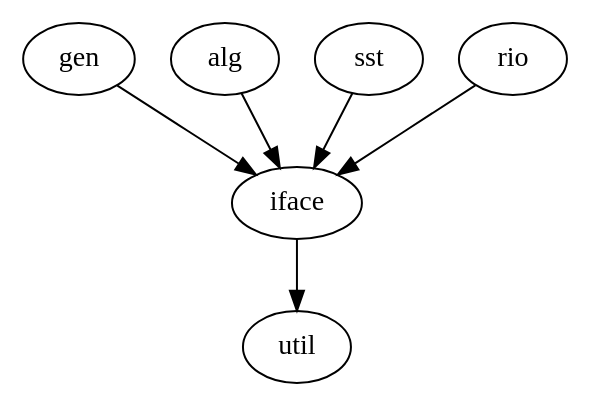
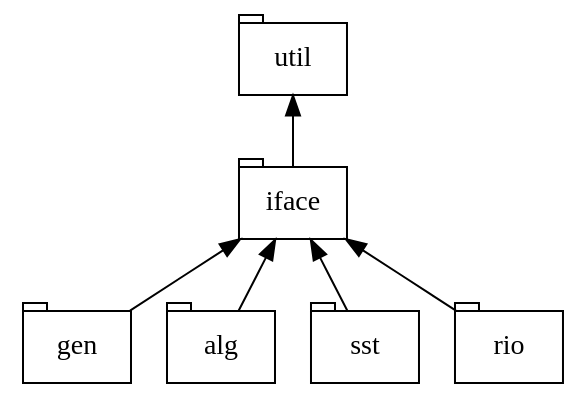
Before and after one commit to WireCell/wire-cell-docs: the diagram in presentations/software/deps.dot, drawn with Graphviz. The commit also changed 8 other files, not shown here.

```diff
--- a/presentations/software/deps.dot
+++ b/presentations/software/deps.dot
@@ -1,9 +1,9 @@
 digraph "Deps" {
+	node[shape=tab];
+	util->iface[dir=back];
+	iface->gen[dir=back];
+	iface->alg[dir=back];
+	iface->sst[dir=back];
+	iface->rio[dir=back];
 
-iface->util;
-gen->iface;
-alg->iface;
-sst->iface;
-rio->iface;
-
-	}
+}
```
